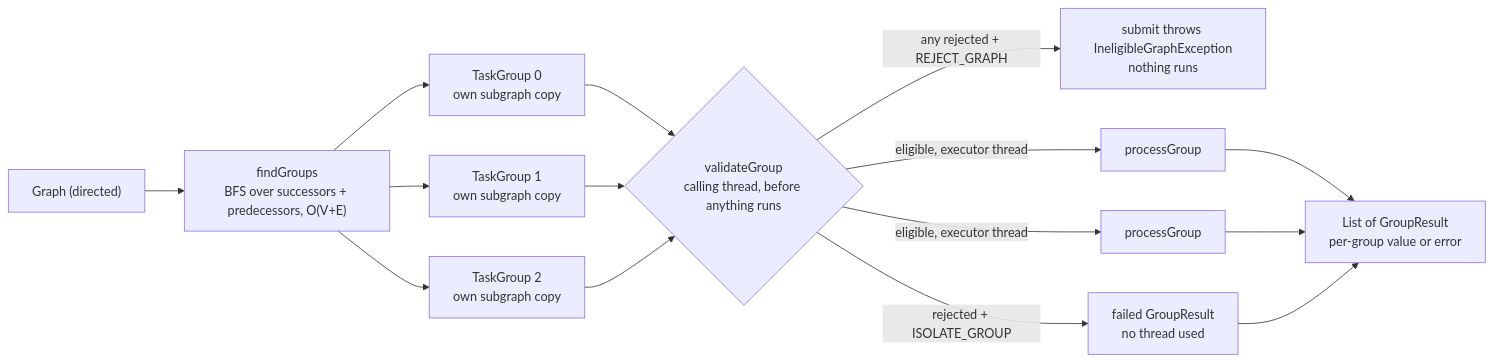
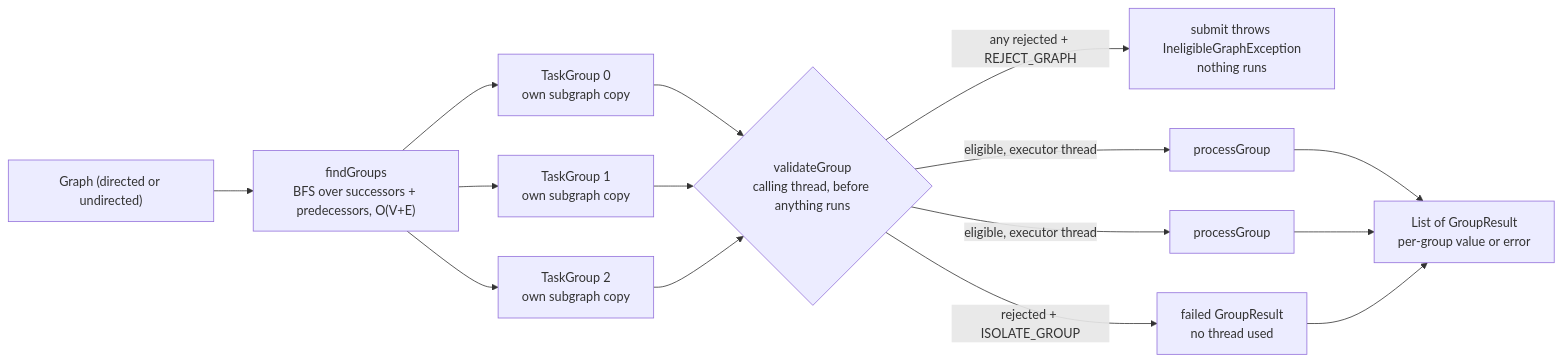
Before and after one commit to deyindra/System_Design: the first of 3 diagrams in graphexecutor/README.md, drawn with Mermaid. The commit also changed other lines of this file and 16 other files, not shown here.

````diff
--- a/graphexecutor/README.md
+++ b/graphexecutor/README.md
@@ -36,17 +36,17 @@
 ```mermaid
 flowchart LR
-    G["Graph (directed)"] --> F["findGroups<br/>BFS over successors + predecessors, O(V+E)"]
+    G["Graph (directed or undirected)"] --> F["findGroups<br/>BFS over successors + predecessors, O(V+E)"]
     F --> C1["TaskGroup 0<br/>own subgraph copy"]
     F --> C2["TaskGroup 1<br/>own subgraph copy"]
     F --> C3["TaskGroup 2<br/>own subgraph copy"]
     C1 --> V{"validateGroup<br/>calling thread, before anything runs"}
     C2 --> V
     C3 --> V
     V -->|"any rejected + REJECT_GRAPH"| X["submit throws IneligibleGraphException<br/>nothing runs"]
     V -->|"eligible, executor thread"| P1["processGroup"]
     V -->|"eligible, executor thread"| P2["processGroup"]
     V -->|"rejected + ISOLATE_GROUP"| Z["failed GroupResult<br/>no thread used"]
     P1 --> R["List of GroupResult<br/>per-group value or error"]
     P2 --> R
     Z --> R
 ```
````
